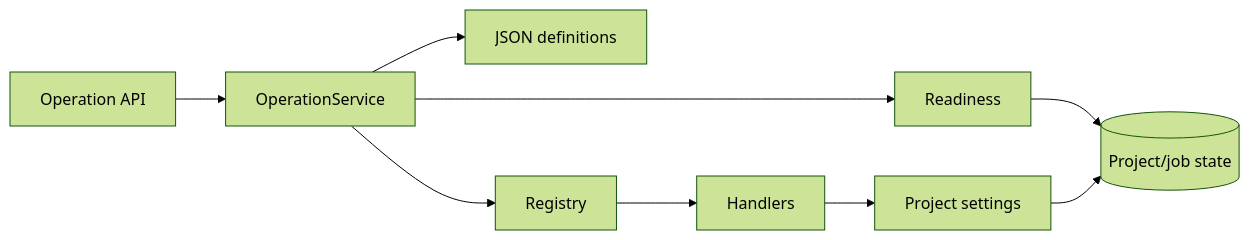
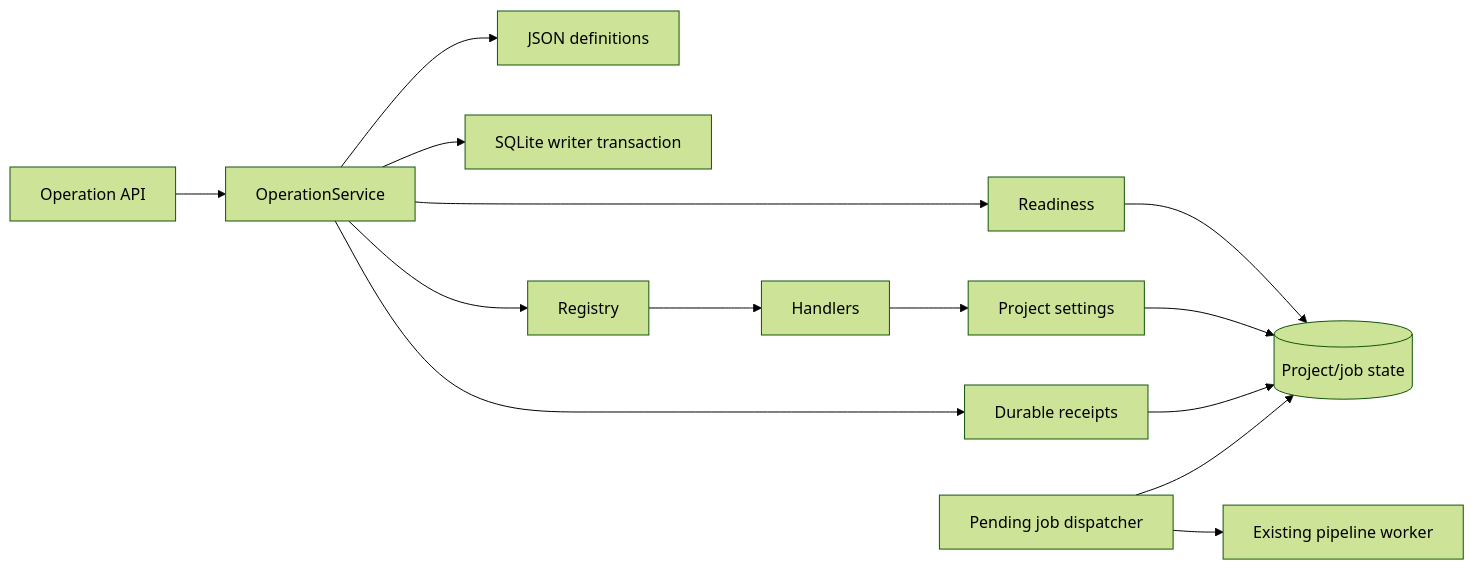
One commit to FidesTherese/blockvideo-upgrade-project changed the diagram in docs/modules/operation-core.md. Above: the diagram before and after it, drawn with Mermaid (forest theme). The commit also changed other lines of this file and 267 other files, not shown here.

````diff
--- a/docs/modules/operation-core.md
+++ b/docs/modules/operation-core.md
@@ -11,11 +11,16 @@
 ```mermaid
 flowchart LR
   API[Operation API] --> Core[OperationService]
   Core --> Catalog[JSON definitions]
+  Core --> Receipt[Durable receipts]
+  Core --> Txn[SQLite writer transaction]
   Core --> Ready[Readiness]
   Core --> Registry[Registry]
   Registry --> Handler[Handlers]
   Handler --> Settings[Project settings]
   Ready --> ORM[(Project/job state)]
   Settings --> ORM
+  Receipt --> ORM
+  Dispatcher[Pending job dispatcher] --> ORM
+  Dispatcher --> Worker[Existing pipeline worker]
 ```
````
